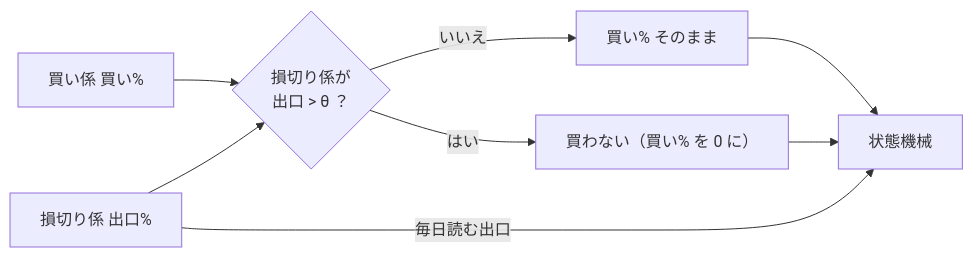
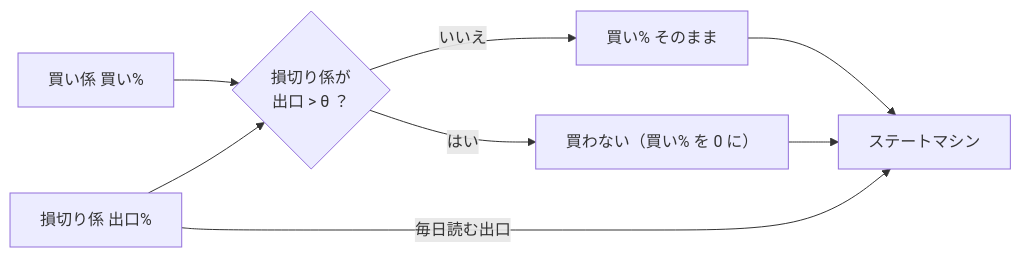
The third of 6 diagrams in docs/plans/trader-model-roles.md (akiraak/ai-income-lab), drawn with Mermaid before and after one commit. The commit also changed other lines of this file and 45 other files, not shown here.

````diff
--- a/docs/plans/trader-model-roles.md
+++ b/docs/plans/trader-model-roles.md
@@ -106,10 +106,10 @@
 ```mermaid
 flowchart LR
   B["買い係 買い%"] --> G{"損切り係が<br/>出口 > θ ？"}
   G -->|"いいえ"| BUY["買い% そのまま"]
   G -->|"はい"| NO["買わない（買い% を 0 に）"]
   S["損切り係 出口%"] --> G
-  S -->|"毎日読む出口"| SM["状態機械"]
+  S -->|"毎日読む出口"| SM["ステートマシン"]
   BUY --> SM
   NO --> SM
 ```
````
